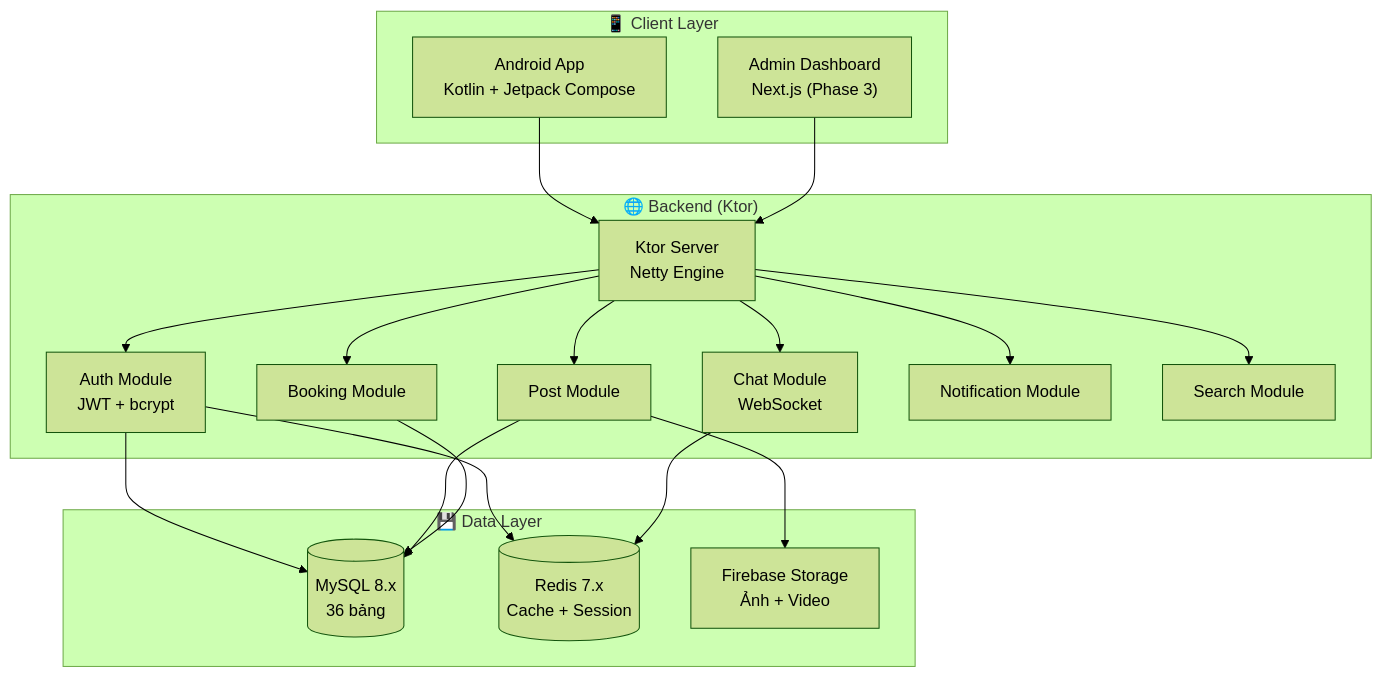
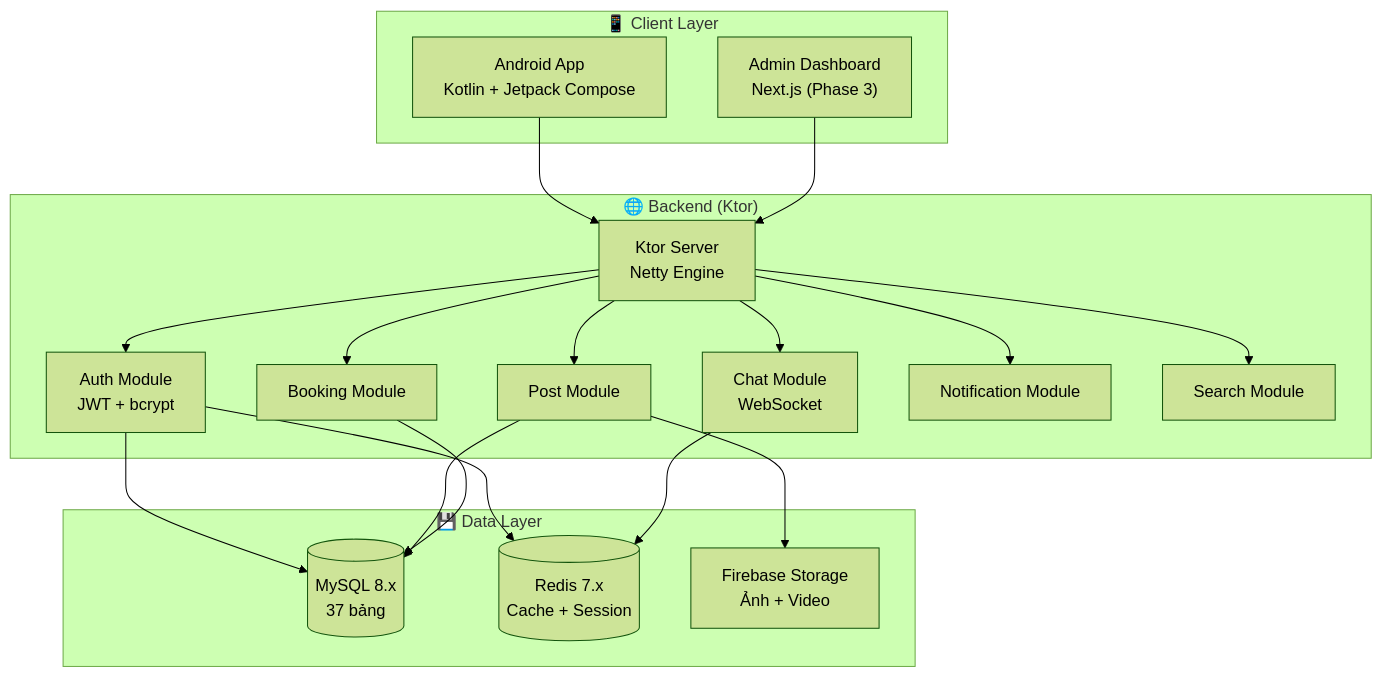
One commit to PhamNgoc04/InstaGallery-Backend changed the first of 10 diagrams in docs_backend/architecture/instagallery_complete_system.md. Above: the diagram before and after it, drawn with Mermaid (forest theme). The commit also changed other lines of this file and 46 other files, not shown here.

````diff
--- a/docs_backend/architecture/instagallery_complete_system.md
+++ b/docs_backend/architecture/instagallery_complete_system.md
@@ -40,27 +40,27 @@
 ```mermaid
 graph TB
     subgraph "📱 Client Layer"
         Android["Android App<br/>Kotlin + Jetpack Compose"]
         Admin["Admin Dashboard<br/>Next.js (Phase 3)"]
     end
     subgraph "🌐 Backend (Ktor)"
         APIGW["Ktor Server<br/>Netty Engine"]
         Auth["Auth Module<br/>JWT + bcrypt"]
         Post["Post Module"]
         Book["Booking Module"]
         Chat["Chat Module<br/>WebSocket"]
         Notif["Notification Module"]
         Search["Search Module"]
     end
     subgraph "💾 Data Layer"
-        DB[(MySQL 8.x<br/>36 bảng)]
+        DB[(MySQL 8.x<br/>37 bảng)]
         Redis[(Redis 7.x<br/>Cache + Session)]
         S3[Firebase Storage<br/>Ảnh + Video]
     end
     Android & Admin --> APIGW
     APIGW --> Auth & Post & Book & Chat & Notif & Search
     Auth & Post & Book --> DB
     Auth --> Redis
     Post --> S3
     Chat --> Redis
 ```
````
